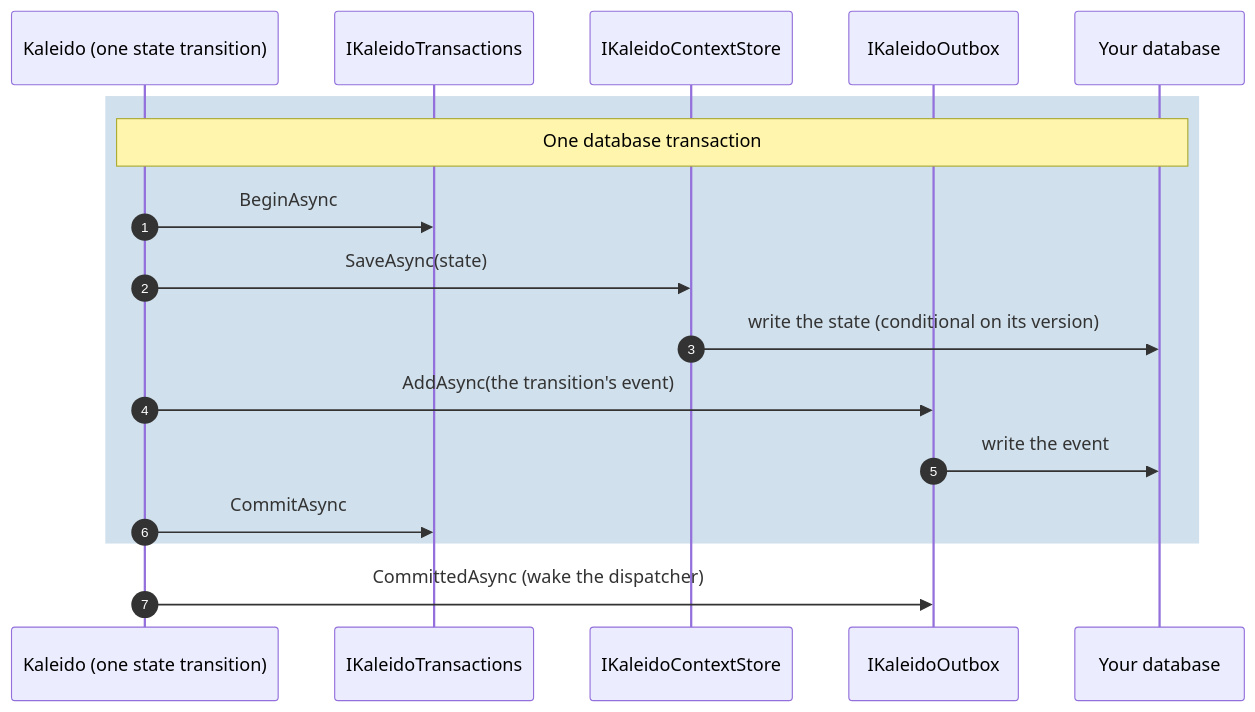
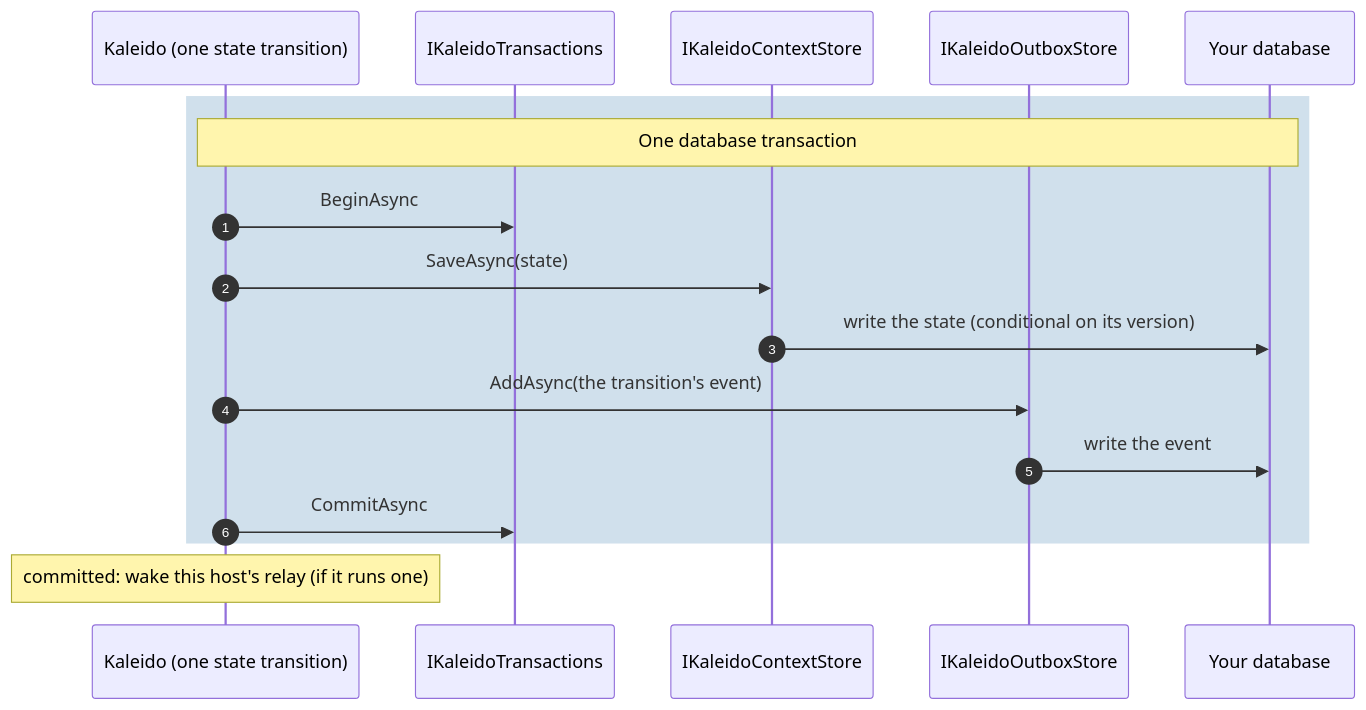
One commit to no1ross/Kaleido changed the diagram in docs/guide/persistence.md. Above: the diagram before and after it, drawn with Mermaid. The commit also changed other lines of this file and 58 other files, not shown here.

````diff
--- a/docs/guide/persistence.md
+++ b/docs/guide/persistence.md
@@ -37,20 +37,20 @@
 ```mermaid
 sequenceDiagram
     autonumber
     participant K as Kaleido (one state transition)
     participant T as IKaleidoTransactions
     participant S as IKaleidoContextStore
-    participant O as IKaleidoOutbox
+    participant O as IKaleidoOutboxStore
     participant D as Your database
 
     rect rgba(70, 130, 180, 0.25)
         Note over K,D: One database transaction
         K->>T: BeginAsync
         K->>S: SaveAsync(state)
         S->>D: write the state (conditional on its version)
         K->>O: AddAsync(the transition's event)
         O->>D: write the event
         K->>T: CommitAsync
     end
-    K->>O: CommittedAsync (wake the dispatcher)
+    Note over K: committed: wake this host's relay (if it runs one)
 ```
````
